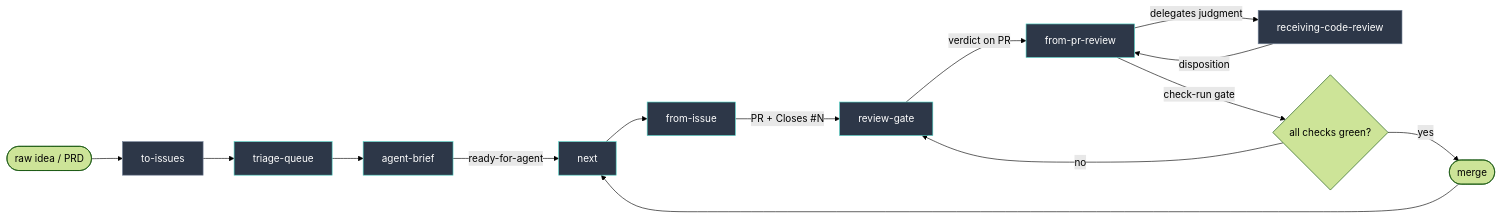
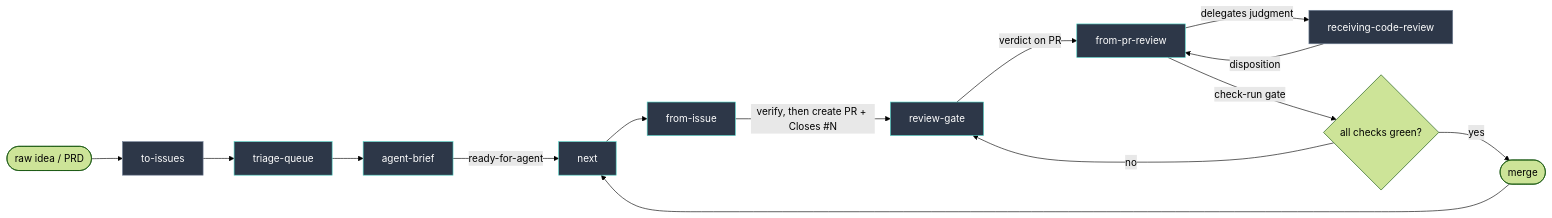
One commit to ptstory/tracer-workflow changed the diagram in README.md. Above: the diagram before and after it, drawn with Mermaid (forest theme). The commit also changed other lines of this file and 1 other file, not shown here.

````diff
--- a/README.md
+++ b/README.md
@@ -12,21 +12,21 @@
 ```mermaid
 flowchart LR
     idea([raw idea / PRD]) --> ti[to-issues]
     ti --> tq[triage-queue]
     tq --> ab[agent-brief]
     ab -->|ready-for-agent| nx[next]
     nx --> fi[from-issue]
-    fi -->|"PR + Closes #N"| rg[review-gate]
+    fi -->|"verify, then create PR + Closes #N"| rg[review-gate]
     rg -->|verdict on PR| fpr[from-pr-review]
     fpr -->|delegates judgment| rec[receiving-code-review]
     rec -->|disposition| fpr
     fpr -->|check-run gate| gate{all checks green?}
     gate -->|yes| merge([merge])
     gate -->|no| rg
     merge --> nx
 
     classDef custom fill:#2d3748,stroke:#4fd1c5,color:#fff
     classDef adopted fill:#2d3748,stroke:#718096,color:#fff
     class fi,fpr,nx,rg,tq,ab custom
     class ti,rec adopted
 ```
````
